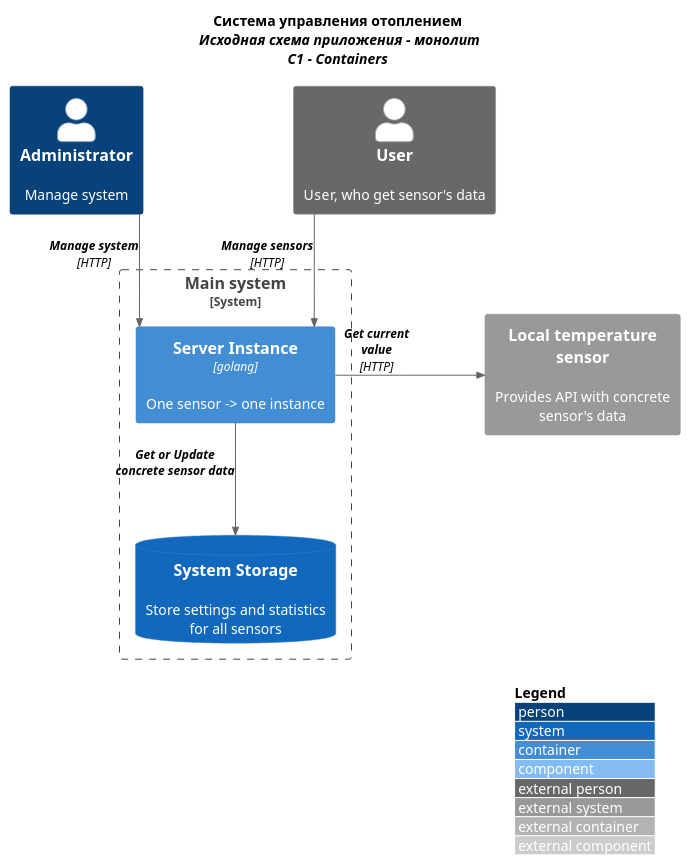
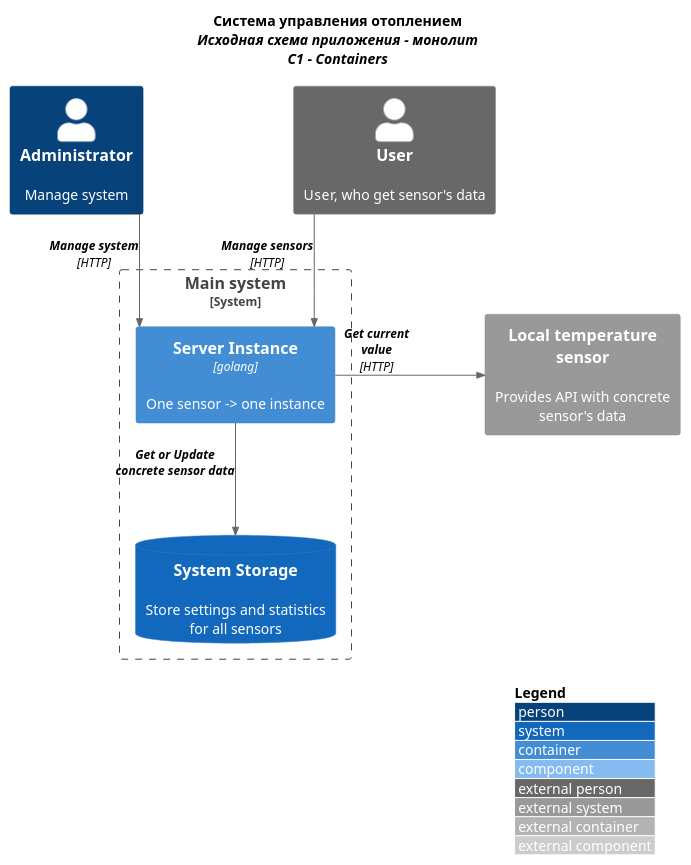
Before and after one commit to ZhivovOleg/architecture-pro-warmhouse: the diagram in diagrams/container/1_containers.puml, drawn with PlantUML. The commit also changed 2 other files, not shown here.

```diff
--- a/diagrams/container/1_containers.puml
+++ b/diagrams/container/1_containers.puml
@@ -1,46 +1,46 @@
 @startuml source
 
 ''' init layout
 
 !include https://raw.githubusercontent.com/plantuml-stdlib/C4-PlantUML/master/C4_Container.puml
 !include https://raw.githubusercontent.com/plantuml-stdlib/C4-PlantUML/master/C4_Component.puml
 
 LAYOUT_WITH_LEGEND()
 skinparam linetype ortho
 skinparam nodesep 150
 skinparam ranksep 100
 skinparam sequenceMessageAlign center
 
 <style>
 arrow {
     FontName Arial
     FontSize 12
     FontStyle italic
     FontColor black
 }
 </style>
 
 ''' end init layout
 
 title
-    <b>Система управления отоплением</b>
-    <i> Исходная схема приложения - монолит</i>
+    <b> Система управления отоплением </b>
+    <i> Исходная схема приложения - монолит </i>
     <i> C1 - Containers </i>
 end title
 
 Person(admin, "Administrator", "Manage system")
 Person_Ext(user, "User", "User, who get sensor's data")
 
 System_Boundary(sourceSystem, "Main system") {
     Container(server, "Server Instance", "golang", "One sensor -> one instance")
     SystemDb(db, "System Storage", "Store settings and statistics for all sensors")
     Rel_D(server, db, "Get or Update\nconcrete sensor data")
 }
 
 System_Ext(sensor, "Local temperature sensor", "Provides API with concrete sensor's data") 
 
 Rel(admin, server, "Manage system", "HTTP")
 Rel(user, server, "Manage sensors", "HTTP")
 Rel_R(server, sensor, "Get current\nvalue", "HTTP")
 
 @enduml
```
